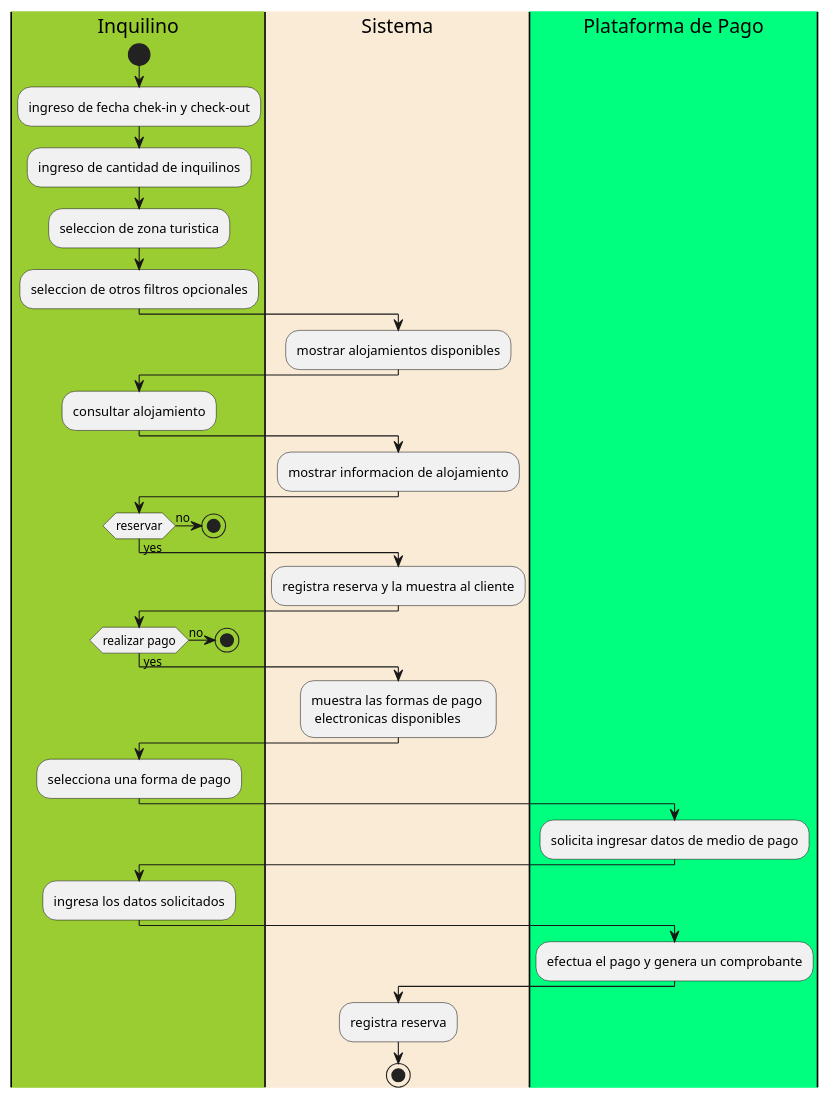
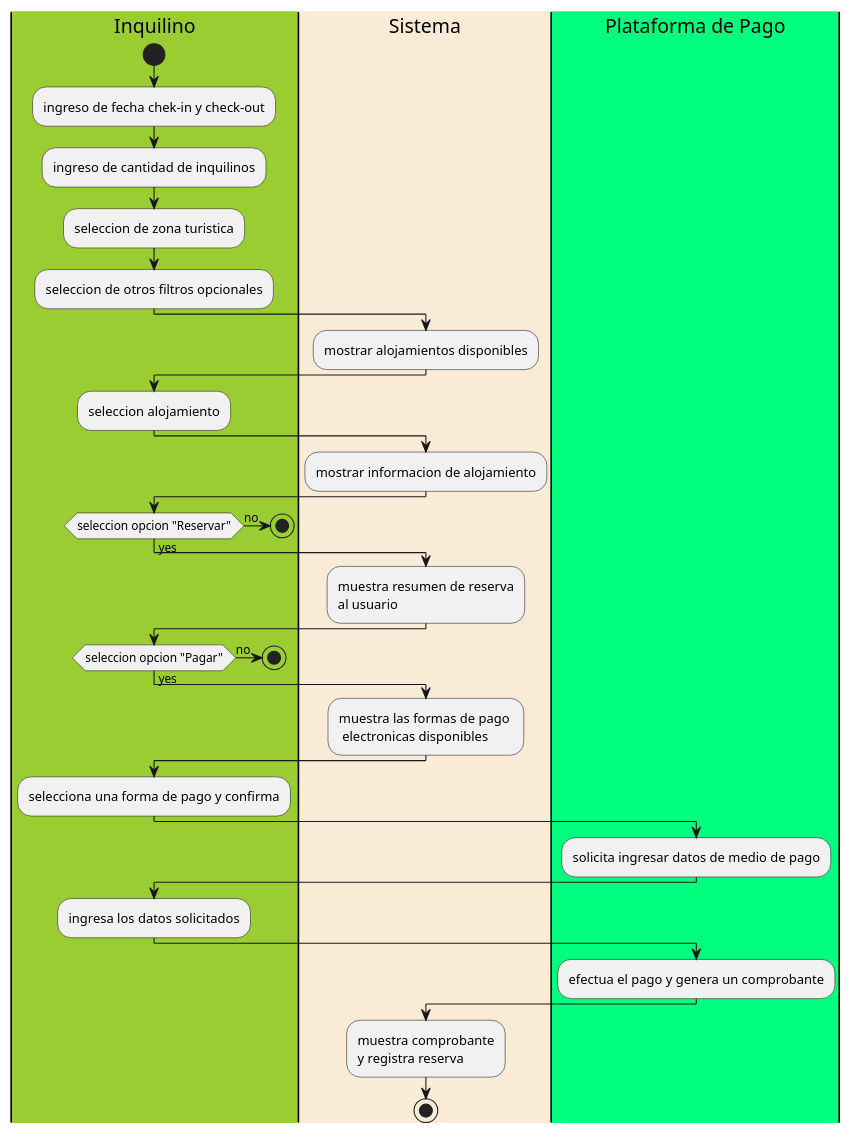
One commit to franciscolmos/IS1-EasyHome changed the diagram in Diagrama_Actividades/Diagrama_actividades_buscar_y_reservar_alojamiento.puml. Above: the diagram before and after it, drawn with PlantUML. The commit also changed 4 other files, not shown here.

Commit message:
[REFACTOR] - se modifica diagrama de actividades

```diff
--- a/Diagrama_Actividades/Diagrama_actividades_buscar_y_reservar_alojamiento.puml
+++ b/Diagrama_Actividades/Diagrama_actividades_buscar_y_reservar_alojamiento.puml
@@ -1,44 +1,44 @@
 @startuml Diagrama_actividades_reservar_alojamiento
 
 |#YellowGreen|Inquilino|
 start
 :ingreso de fecha chek-in y check-out;
 :ingreso de cantidad de inquilinos;
 :seleccion de zona turistica;
 :seleccion de otros filtros opcionales;
 
 |#AntiqueWhite|Sistema|
 :mostrar alojamientos disponibles;
 
 |#YellowGreen|Inquilino|
-:consultar alojamiento;
+:seleccion alojamiento;
 
 |#AntiqueWhite|Sistema|
 :mostrar informacion de alojamiento;
 
 |#YellowGreen|Inquilino|
-if (reservar) then (yes)
+if (seleccion opcion "Reservar") then (yes)
     |#AntiqueWhite|Sistema|
-    :registra reserva y la muestra al cliente;
+    :muestra resumen de reserva\nal usuario;
     |#YellowGreen|Inquilino|
 else(no)
     stop
 endif
-if (realizar pago) then (yes)
+if (seleccion opcion "Pagar") then (yes)
     |#AntiqueWhite|Sistema|
     :muestra las formas de pago \n electronicas disponibles;
     |#YellowGreen|Inquilino|
 else(no)
     stop
 endif
-    :selecciona una forma de pago;
+    :selecciona una forma de pago y confirma;
     |#SpringGreen|Plataforma de Pago|
     :solicita ingresar datos de medio de pago;
     |#YellowGreen|Inquilino|
     :ingresa los datos solicitados;
     |#SpringGreen|Plataforma de Pago|
     :efectua el pago y genera un comprobante;
     |#AntiqueWhite|Sistema|
-    :registra reserva;
+    :muestra comprobante\ny registra reserva;
 stop
 @enduml
```
